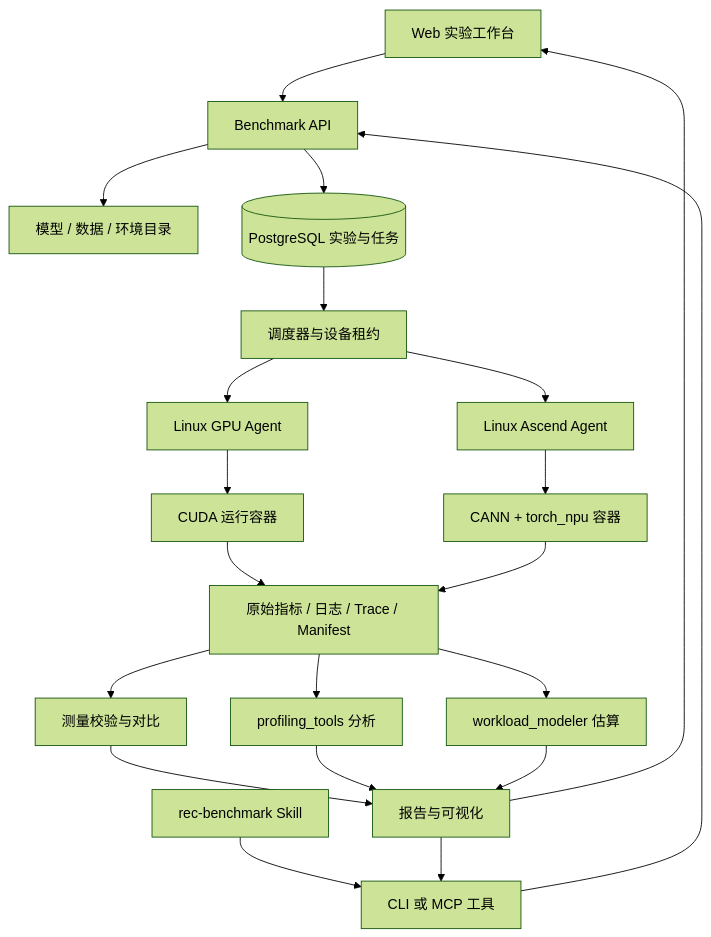
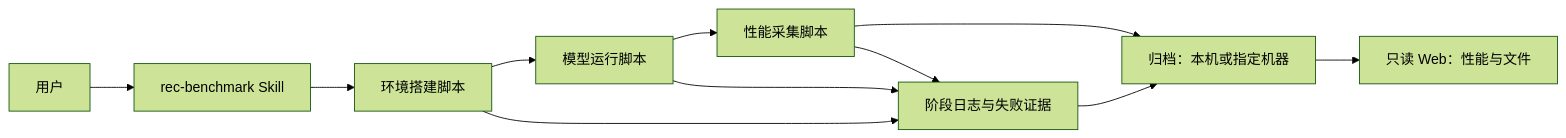
One commit to majibai38-boop/rec-models changed the diagram in docs/recommendation-benchmark-platform-proposal.md. Above: the diagram before and after it, drawn with Mermaid (forest theme). The commit also changed other lines of this file and 158 other files, not shown here.

First line of the commit message:
docs: refocus first phase on skill-driven benchmark workflow

````diff
--- a/docs/recommendation-benchmark-platform-proposal.md
+++ b/docs/recommendation-benchmark-platform-proposal.md
@@ -42,23 +31,13 @@
 ```mermaid
-flowchart TB
-    WEB[Web 实验工作台] --> API[Benchmark API]
-    SKILL[rec-benchmark Skill] --> CLI[CLI 或 MCP 工具]
-    CLI --> API
-    API --> CATALOG[模型 / 数据 / 环境目录]
-    API --> DB[(PostgreSQL 实验与任务)]
-    DB --> SCHED[调度器与设备租约]
-    SCHED --> GPU[Linux GPU Agent]
-    SCHED --> NPU[Linux Ascend Agent]
-    GPU --> CUDA[CUDA 运行容器]
-    NPU --> ASCEND[CANN + torch_npu 容器]
-    CUDA --> STORE[原始指标 / 日志 / Trace / Manifest]
-    ASCEND --> STORE
-    STORE --> METRICS[测量校验与对比]
-    STORE --> PROFILE[profiling_tools 分析]
-    STORE --> MODEL[workload_modeler 估算]
-    METRICS --> RESULT[报告与可视化]
-    PROFILE --> RESULT
-    MODEL --> RESULT
-    RESULT --> WEB
-    RESULT --> CLI
+flowchart LR
+    USER[用户] --> SKILL[rec-benchmark Skill]
+    SKILL --> ENV[环境搭建脚本]
+    ENV --> RUN[模型运行脚本]
+    RUN --> PERF[性能采集脚本]
+    PERF --> ARCHIVE[归档：本机或指定机器]
+    ARCHIVE --> WEB[只读 Web：性能与文件]
+    ENV --> LOG[阶段日志与失败证据]
+    RUN --> LOG
+    PERF --> LOG
+    LOG --> ARCHIVE
 ```
````
